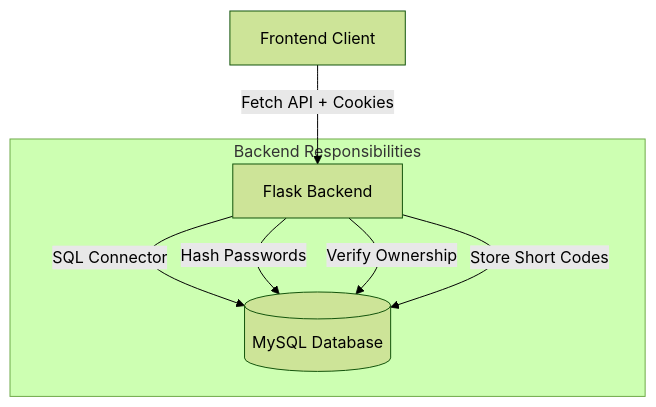
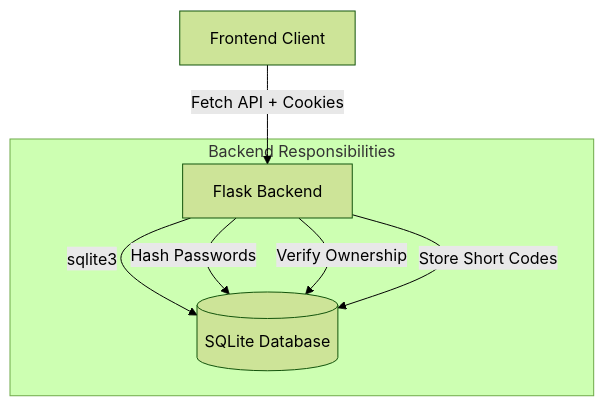
The diagram in Readme.md (RautelaSahil/URL-Shortener), drawn with Mermaid (forest theme) before and after one commit. The commit also changed other lines of this file and 12 other files, not shown here.

````diff
--- a/Readme.md
+++ b/Readme.md
@@ -68,11 +68,11 @@
 ```mermaid
 graph TD
     Client[Frontend Client] -->|Fetch API + Cookies| API[Flask Backend]
-    API -->|SQL Connector| DB[(MySQL Database)]
+    API -->|sqlite3| DB[(SQLite Database)]
 
     subgraph Backend Responsibilities
         API -->|Hash Passwords| DB
         API -->|Verify Ownership| DB
         API -->|Store Short Codes| DB
     end
 ```
````
